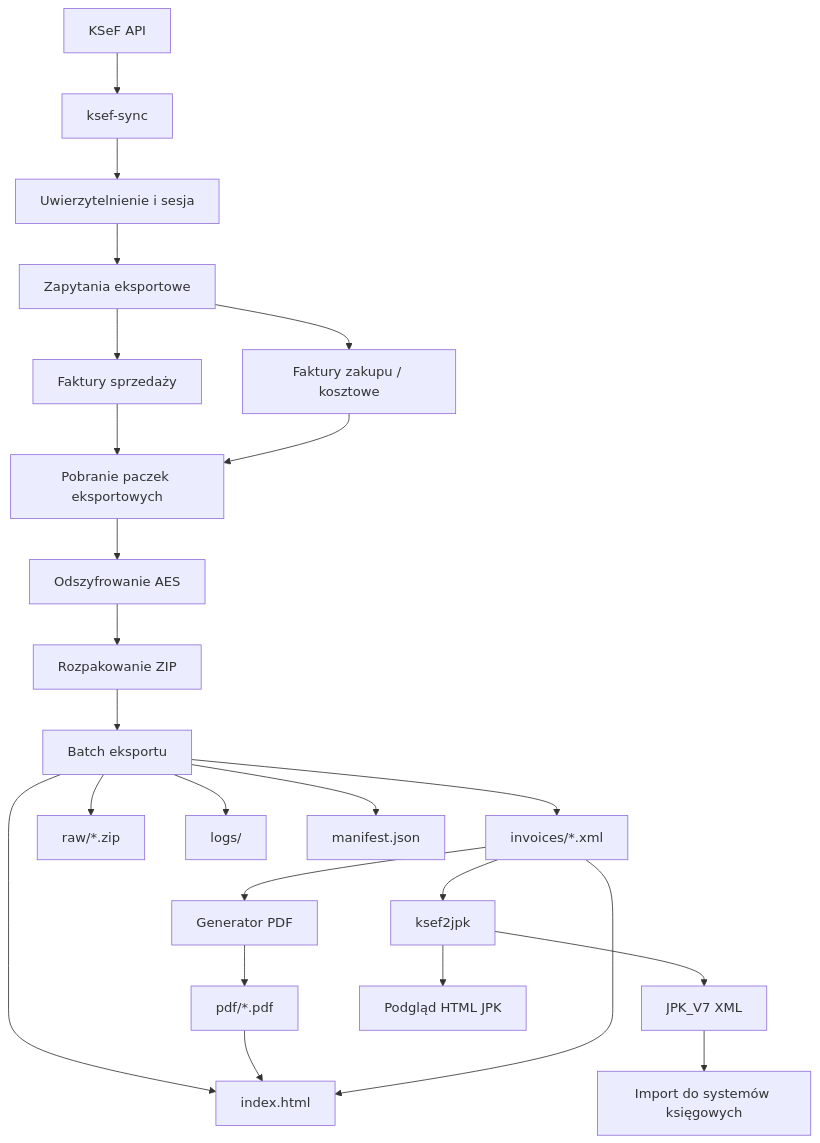
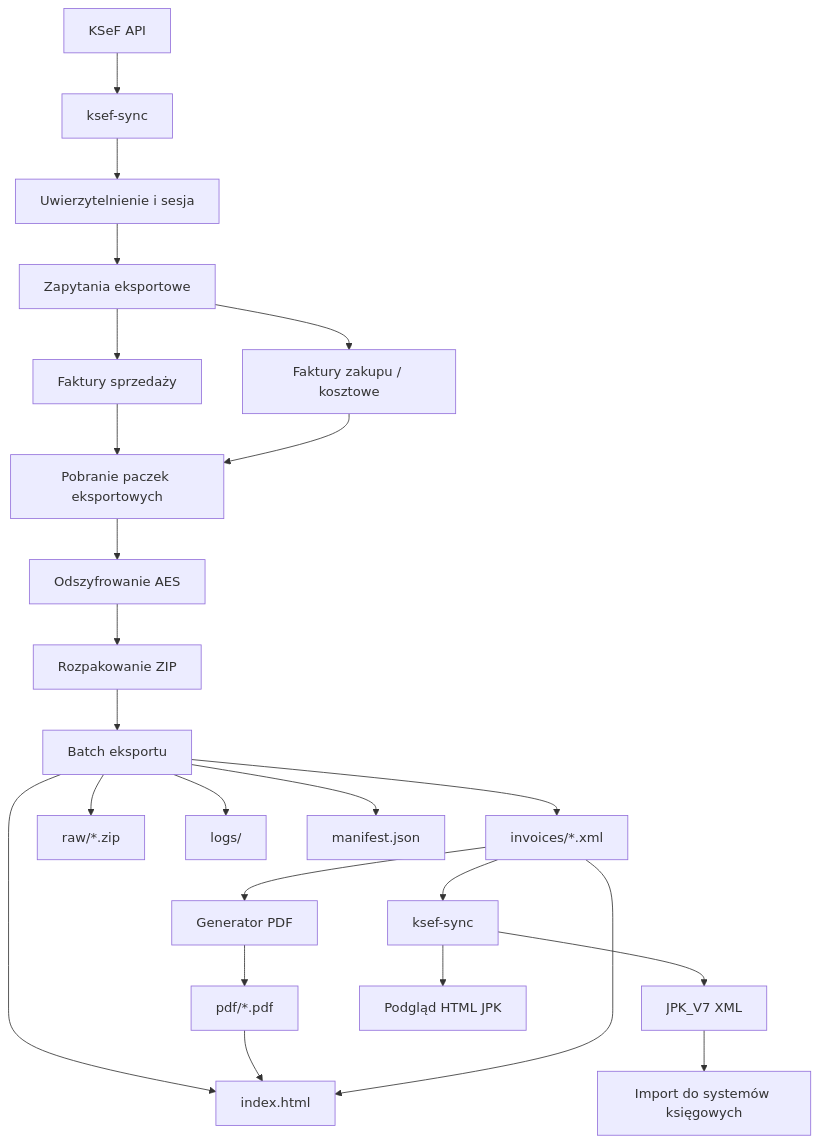
The diagram in README.md (dariuszpolzer/ksef-sync), drawn with Mermaid before and after one commit. The commit also changed other lines of this file and 18 other files, not shown here.

````diff
--- a/README.md
+++ b/README.md
@@ -52,35 +80,35 @@
 ```mermaid
 flowchart TD
     A[KSeF API] --> B[ksef-sync]
 
     B --> C[Uwierzytelnienie i sesja]
     C --> D[Zapytania eksportowe]
 
     D --> D1[Faktury sprzedaży]
     D --> D2[Faktury zakupu / kosztowe]
 
     D1 --> E[Pobranie paczek eksportowych]
     D2 --> E
 
     E --> F[Odszyfrowanie AES]
     F --> G[Rozpakowanie ZIP]
 
     G --> H[Batch eksportu]
 
     H --> I[invoices/*.xml]
     H --> J[raw/*.zip]
     H --> K[logs/]
     H --> L[manifest.json]
     H --> M[index.html]
 
     I --> N[Generator PDF]
     N --> O[pdf/*.pdf]
 
-    I --> P[ksef2jpk]
+    I --> P[ksef-sync]
     P --> Q[JPK_V7 XML]
     P --> R[Podgląd HTML JPK]
 
     O --> M
     I --> M
     Q --> S[Import do systemów księgowych]
 ```
````
